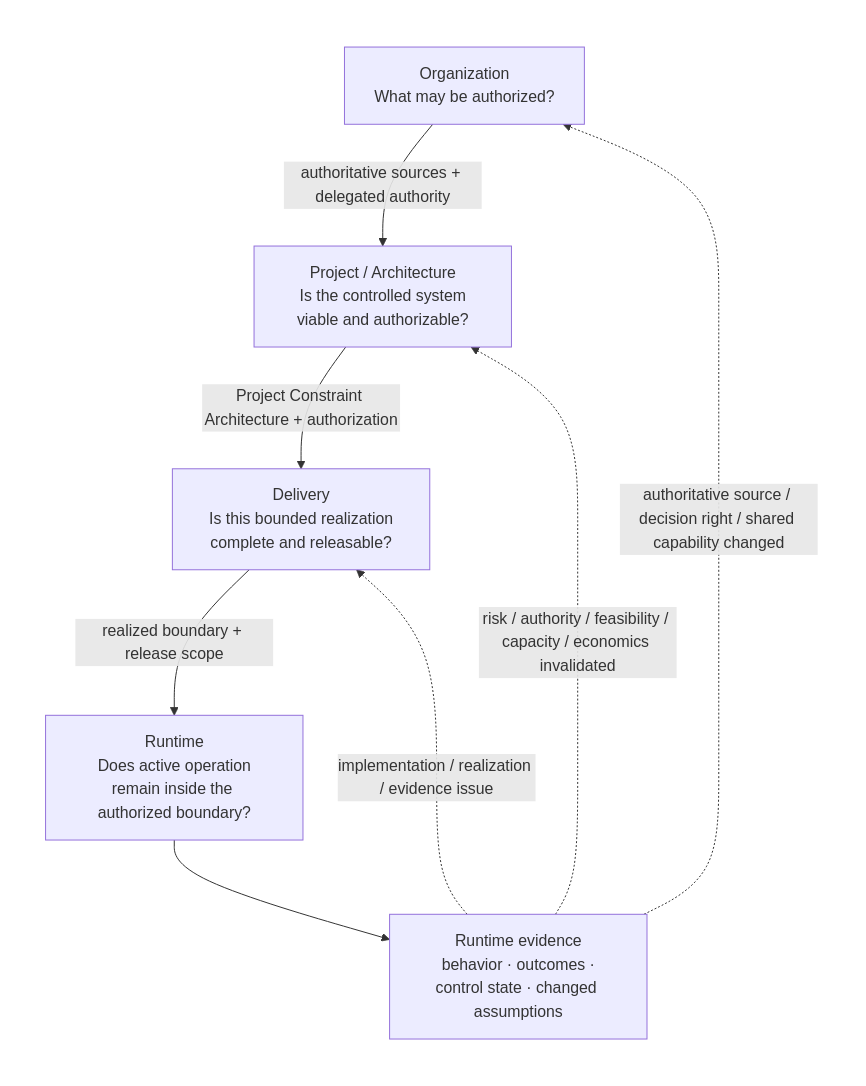
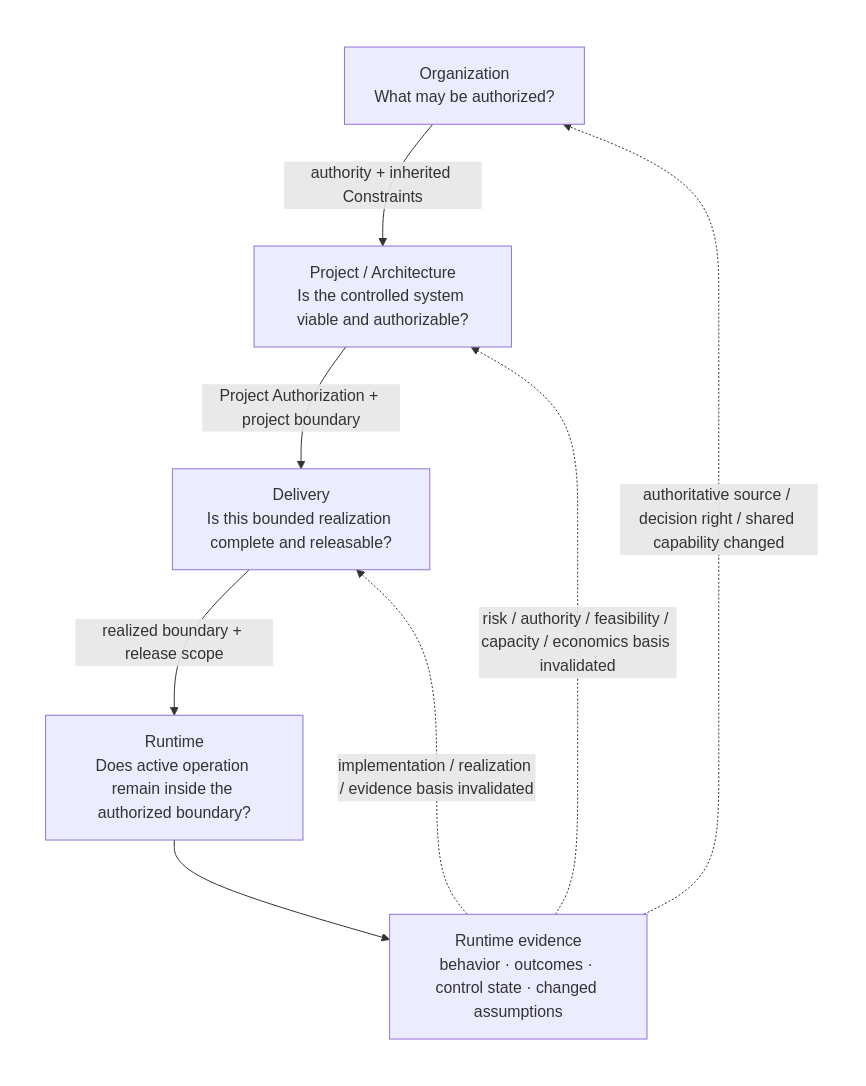
Before and after one commit to UncertaintyArchitectureGroup/uncertainty-architecture: the sixth of 14 diagrams in content/research/notes/open-engineering-specification-article-draft.md, drawn with Mermaid. The commit also changed other lines of this file and 6 other files, not shown here.

````diff
--- a/content/research/notes/open-engineering-specification-article-draft.md
+++ b/content/research/notes/open-engineering-specification-article-draft.md
@@ -288,22 +283,22 @@
 ```mermaid
 flowchart TB
     subgraph SPINE[" "]
         direction TB
-        O["Organization<br/> What may be authorized?"]
-        P["Project / Architecture<br/> Is the controlled system viable and authorizable?"]
-        D["Delivery<br/> Is this bounded realization complete and releasable?"]
-        R["Runtime<br/> Does active operation remain inside the authorized boundary?"]
-        E["Runtime evidence<br/> behavior · outcomes · control state · changed assumptions"]
+        O["Organization<br/>What may be authorized?"]
+        P["Project / Architecture<br/>Is the controlled system viable and authorizable?"]
+        D["Delivery<br/>Is this bounded realization complete and releasable?"]
+        R["Runtime<br/>Does active operation remain inside the authorized boundary?"]
+        E["Runtime evidence<br/>behavior · outcomes · control state · changed assumptions"]
 
-        O -->|authoritative sources + delegated authority| P
-        P -->|Project Constraint Architecture + authorization| D
+        O -->|authority + inherited Constraints| P
+        P -->|Project Authorization + project boundary| D
         D -->|realized boundary + release scope| R
         R --> E
     end
 
-    E -.->|implementation / realization / evidence issue| D
-    E -.->|risk / authority / feasibility / capacity / economics invalidated| P
+    E -.->|implementation / realization / evidence basis invalidated| D
+    E -.->|risk / authority / feasibility / capacity / economics basis invalidated| P
     E -.->|authoritative source / decision right / shared capability changed| O
 
     style SPINE fill:none,stroke:none
 ```
````
